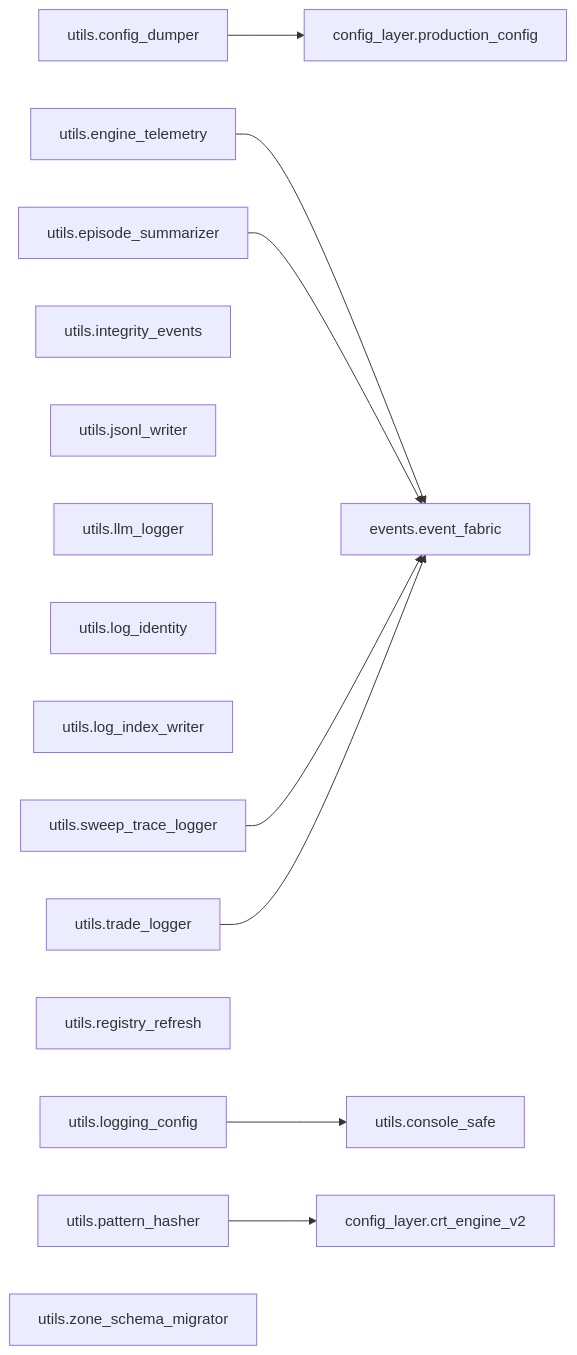
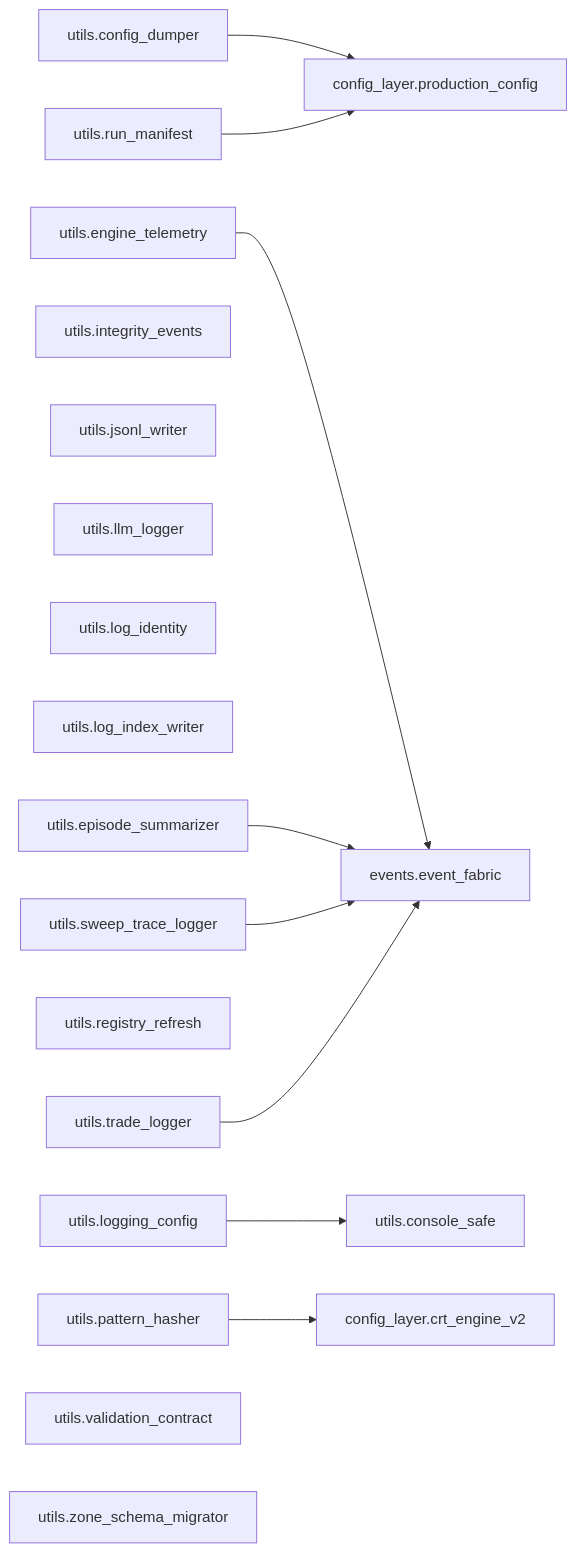
Diagram 37 of 38 in docs/architecture/code-map.generated.md (Chaithu1995-0312/TradeHlt), drawn with Mermaid before and after one commit. The commit also changed other lines of this file and 159 other files, not shown here.

````diff
--- a/docs/architecture/code-map.generated.md
+++ b/docs/architecture/code-map.generated.md
@@ -1361,28 +2134,31 @@
 ```mermaid
 flowchart LR
     utils_config_dumper["utils.config_dumper"]
     utils_console_safe["utils.console_safe"]
     utils_engine_telemetry["utils.engine_telemetry"]
     utils_episode_summarizer["utils.episode_summarizer"]
     utils_integrity_events["utils.integrity_events"]
     utils_jsonl_writer["utils.jsonl_writer"]
     utils_llm_logger["utils.llm_logger"]
     utils_log_identity["utils.log_identity"]
     utils_log_index_writer["utils.log_index_writer"]
     utils_logging_config["utils.logging_config"]
     utils_pattern_hasher["utils.pattern_hasher"]
     utils_registry_refresh["utils.registry_refresh"]
+    utils_run_manifest["utils.run_manifest"]
     utils_sweep_trace_logger["utils.sweep_trace_logger"]
     utils_trade_logger["utils.trade_logger"]
+    utils_validation_contract["utils.validation_contract"]
     utils_zone_schema_migrator["utils.zone_schema_migrator"]
     config_layer_crt_engine_v2["config_layer.crt_engine_v2"]
     config_layer_production_config["config_layer.production_config"]
     events_event_fabric["events.event_fabric"]
     utils_config_dumper --> config_layer_production_config
     utils_engine_telemetry --> events_event_fabric
     utils_episode_summarizer --> events_event_fabric
     utils_logging_config --> utils_console_safe
     utils_pattern_hasher --> config_layer_crt_engine_v2
+    utils_run_manifest --> config_layer_production_config
     utils_sweep_trace_logger --> events_event_fabric
     utils_trade_logger --> events_event_fabric
 ```
````
